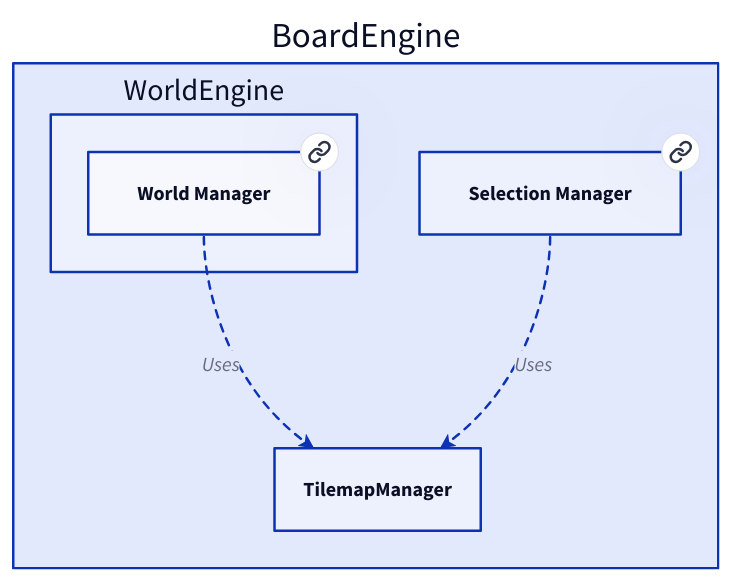
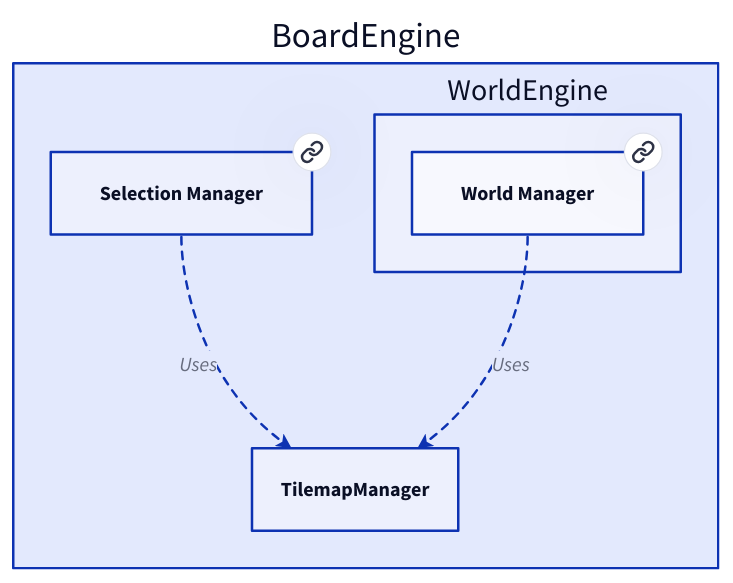
The diagram in doc/BoardEngine/TilemapManager.md (Portevent/Brume-Documentation), drawn with D2 before and after one commit. The commit also changed other lines of this file and 79 other files, not shown here.

````diff
--- a/doc/BoardEngine/TilemapManager.md
+++ b/doc/BoardEngine/TilemapManager.md
@@ -10,24 +10,24 @@
 ```d2
 # Nodes :
 BoardEngine: {
+    SelectionManager: Selection Manager {
+       link: SelectionManager
+    }
     WorldEngine: {
         WorldManager: World Manager {
            link: WorldManager
         }
     }
-    SelectionManager: Selection Manager {
-       link: SelectionManager
-    }
 }
 
 # Links :
-BoardEngine.WorldEngine.WorldManager -> BoardEngine.TilemapManager: Uses {style.stroke-dash: 3
+BoardEngine.SelectionManager -> BoardEngine.TilemapManager: Uses {style.stroke-dash: 3
 source-arrowhead: {}
 target-arrowhead: {shape: arrow}
 }
-BoardEngine.SelectionManager -> BoardEngine.TilemapManager: Uses {style.stroke-dash: 3
+BoardEngine.WorldEngine.WorldManager -> BoardEngine.TilemapManager: Uses {style.stroke-dash: 3
 source-arrowhead: {}
 target-arrowhead: {shape: arrow}
 }
 
 ```
````
